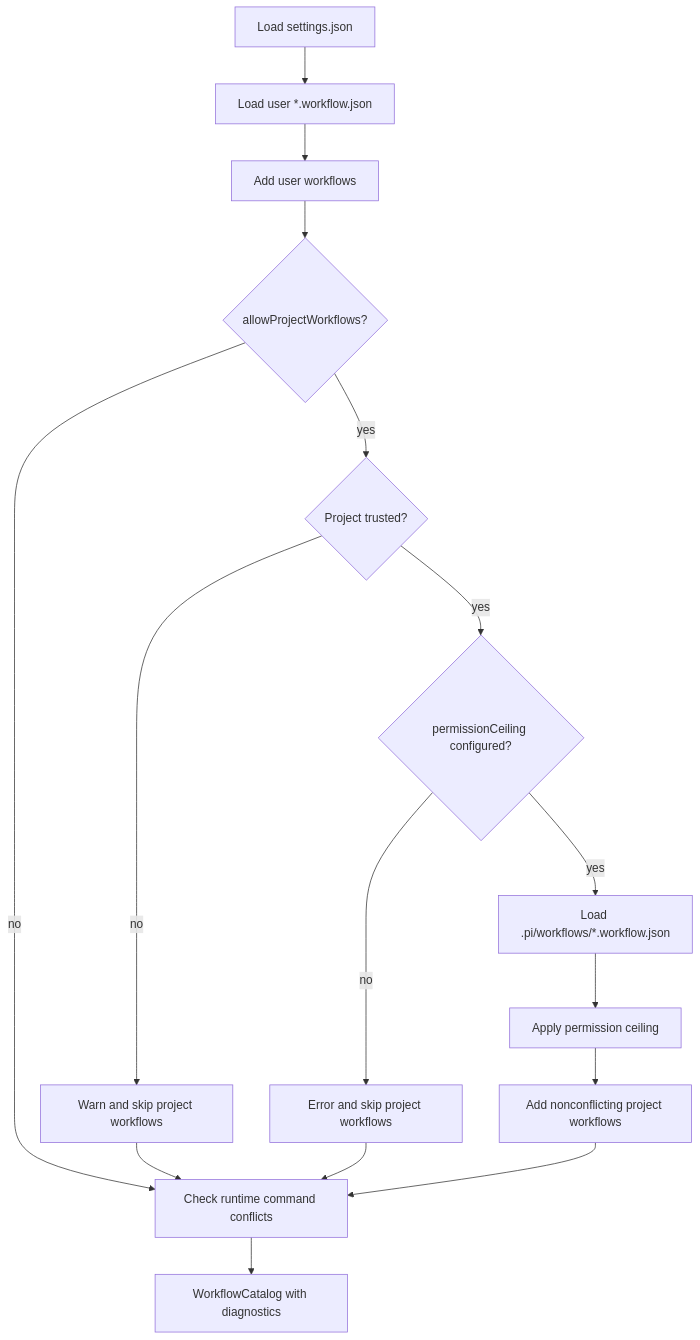
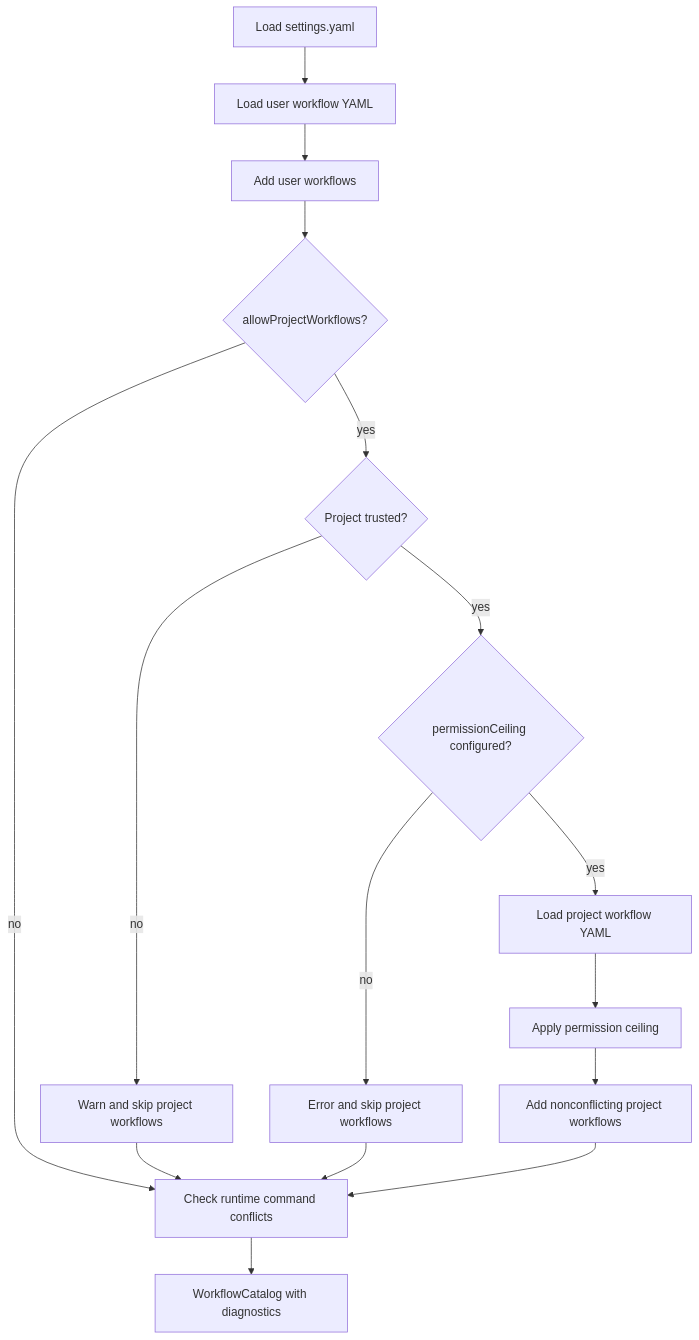
Before and after one commit to wichayutdew/pi-workflows: the fifth of 5 diagrams in openwiki/architecture/overview.md, drawn with Mermaid. The commit also changed other lines of this file and 84 other files, not shown here.

````diff
--- a/openwiki/architecture/overview.md
+++ b/openwiki/architecture/overview.md
@@ -82,18 +93,18 @@
 ```mermaid
 flowchart TD
-  Settings[Load settings.json] --> UserDir[Load user *.workflow.json]
+  Settings[Load settings.yaml] --> UserDir[Load user workflow YAML]
   UserDir --> AddUser[Add user workflows]
   AddUser --> ProjectEnabled{allowProjectWorkflows?}
   ProjectEnabled -- no --> RuntimeConflicts[Check runtime command conflicts]
   ProjectEnabled -- yes --> Trusted{Project trusted?}
   Trusted -- no --> Warning[Warn and skip project workflows]
   Trusted -- yes --> CeilingSet{permissionCeiling configured?}
   CeilingSet -- no --> Error[Error and skip project workflows]
-  CeilingSet -- yes --> ProjectDir[Load .pi/workflows/*.workflow.json]
+  CeilingSet -- yes --> ProjectDir[Load project workflow YAML]
   ProjectDir --> CeilingCheck[Apply permission ceiling]
   CeilingCheck --> AddProject[Add nonconflicting project workflows]
   AddProject --> RuntimeConflicts
   Warning --> RuntimeConflicts
   Error --> RuntimeConflicts
   RuntimeConflicts --> Catalog[WorkflowCatalog with diagnostics]
 ```
````
